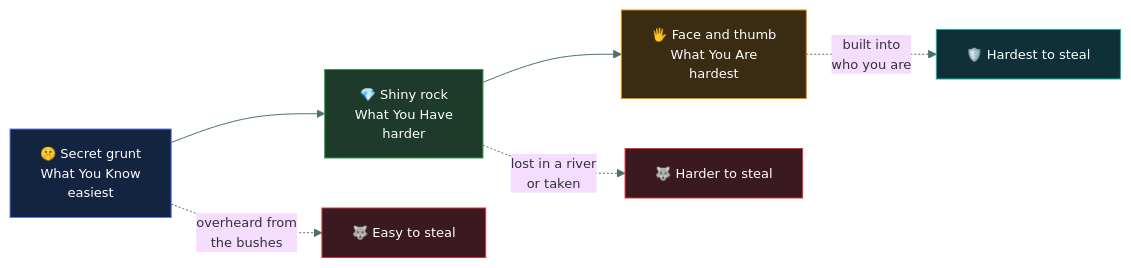
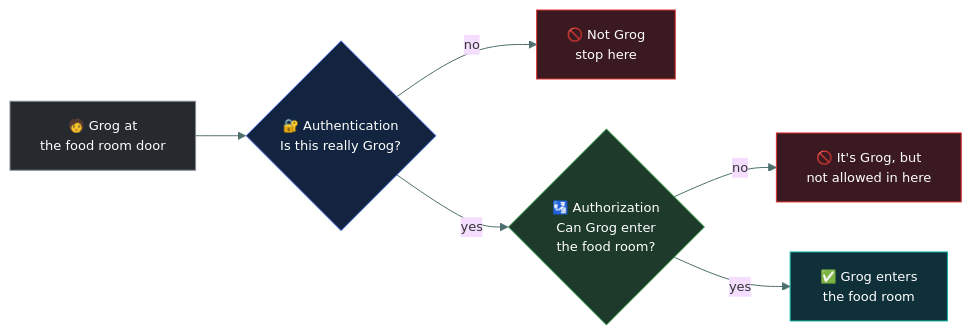
One commit to tarunTejaDesireddy/cc-exam-prep changed the fourth of 4 diagrams in 01-security-principles/authentication/README.md. Above: the diagram before and after it, drawn with Mermaid. The commit also changed other lines of this file and 1 other file, not shown here.

First line of the commit message:
Rewrite authentication with the full Grog-vs-guard walkthrough

````diff
--- a/01-security-principles/authentication/README.md
+++ b/01-security-principles/authentication/README.md
@@ -131,16 +203,16 @@
 ```mermaid
 %%{init: {'theme':'base','themeVariables':{'fontFamily':'Segoe UI, Helvetica Neue, Arial, sans-serif','fontSize':'13px','lineColor':'#4d6f6e','textColor':'#dbe7e6'}}}%%
 flowchart LR
-    K["🤫 Secret grunt<br/>What You Know<br/>easiest"] --> H["💎 Shiny rock<br/>What You Have<br/>harder"]
-    H --> A["🖐️ Face and thumb<br/>What You Are<br/>hardest"]
-    K -.->|"overheard from<br/>the bushes"| S1["🐺 Easy to steal"]
-    H -.->|"lost in a river<br/>or taken"| S2["🐺 Harder to steal"]
-    A -.->|"built into<br/>who you are"| S3["🛡️ Hardest to steal"]
+    GROG["🧑 Grog at<br/>the food room door"] --> AUTHN{"🔐 Authentication<br/>Is this really Grog?"}
+    AUTHN -->|no| DENY["🚫 Not Grog<br/>stop here"]
+    AUTHN -->|yes| AUTHZ{"🛂 Authorization<br/>Can Grog enter<br/>the food room?"}
+    AUTHZ -->|no| DENY2["🚫 It's Grog, but<br/>not allowed in here"]
+    AUTHZ -->|yes| IN["✅ Grog enters<br/>the food room"]
 
-    style K fill:#12243f,stroke:#5C7CFA,color:#fff
-    style H fill:#1d3a2a,stroke:#2F9E44,color:#fff
-    style A fill:#3a2c12,stroke:#F08C00,color:#fff
-    style S1 fill:#3a1a20,stroke:#E03131,color:#fff
-    style S2 fill:#3a1a20,stroke:#E03131,color:#fff
-    style S3 fill:#0f3038,stroke:#12B5A5,color:#fff
+    style GROG fill:#26292e,stroke:#868E96,color:#fff
+    style AUTHN fill:#12243f,stroke:#5C7CFA,color:#fff
+    style AUTHZ fill:#1d3a2a,stroke:#2F9E44,color:#fff
+    style DENY fill:#3a1a20,stroke:#E03131,color:#fff
+    style DENY2 fill:#3a1a20,stroke:#E03131,color:#fff
+    style IN fill:#0f3038,stroke:#12B5A5,color:#fff
 ```
````
